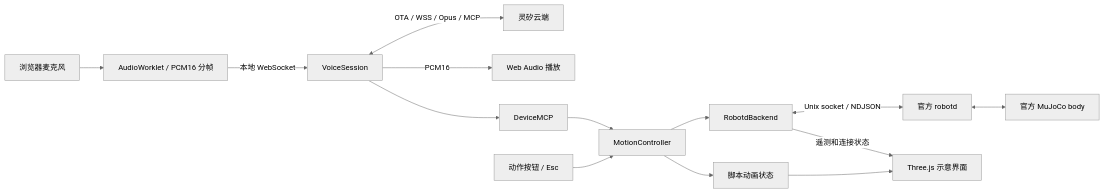
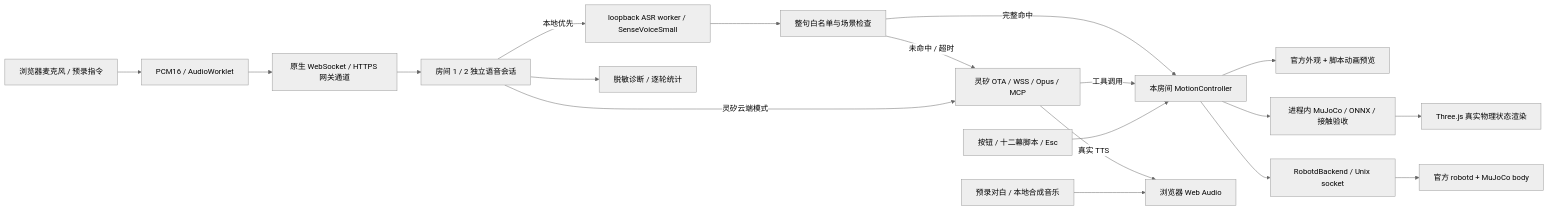
The diagram in docs/ARCHITECTURE.md (zhoutingunl/DuckKing), drawn with Mermaid (neutral theme) before and after one commit. The commit also changed other lines of this file and 17 other files, not shown here.

````diff
--- a/docs/ARCHITECTURE.md
+++ b/docs/ARCHITECTURE.md
@@ -11,16 +11,21 @@
 ```mermaid
 flowchart LR
-    Mic[浏览器麦克风] --> PCM[AudioWorklet / PCM16 分帧]
-    PCM -->|本地 WebSocket| Voice[VoiceSession]
-    Voice <-->|OTA / WSS / Opus / MCP| Cloud[灵矽云端]
-    Voice -->|PCM16| Speaker[Web Audio 播放]
-    Voice --> MCP[DeviceMCP]
-    Buttons[动作按钮 / Esc] --> Motion[MotionController]
-    MCP --> Motion
-    Motion --> Preview[脚本动画状态]
-    Motion --> Adapter[RobotdBackend]
-    Adapter <-->|Unix socket / NDJSON| Robot[官方 robotd]
-    Robot <--> Physics[官方 MuJoCo body]
-    Preview --> UI[Three.js 示意界面]
-    Adapter -->|遥测和连接状态| UI
+    Mic[浏览器麦克风 / 预录指令] --> PCM[PCM16 / AudioWorklet]
+    PCM --> Transport[原生 WebSocket / HTTPS 网关通道]
+    Transport --> Hybrid[房间 1 / 2 独立语音会话]
+    Hybrid -->|本地优先| ASR[loopback ASR worker / SenseVoiceSmall]
+    ASR --> Grammar[整句白名单与场景检查]
+    Grammar -->|完整命中| Motion[本房间 MotionController]
+    Grammar -->|未命中 / 超时| Cloud[灵矽 OTA / WSS / Opus / MCP]
+    Hybrid -->|灵矽云端模式| Cloud
+    Cloud -->|工具调用| Motion
+    Cloud -->|真实 TTS| Audio[浏览器 Web Audio]
+    Buttons[按钮 / 十二幕脚本 / Esc] --> Motion
+    Motion --> Preview[官方外观 + 脚本动画预览]
+    Motion --> Sim[进程内 MuJoCo / ONNX / 接触验收]
+    Motion --> Adapter[RobotdBackend / Unix socket]
+    Adapter --> Robot[官方 robotd + MuJoCo body]
+    Sim --> View[Three.js 真实物理状态渲染]
+    Score[预录对白 / 本地合成音乐] --> Audio
+    Hybrid --> Stats[脱敏诊断 / 逐轮统计]
 ```
````
